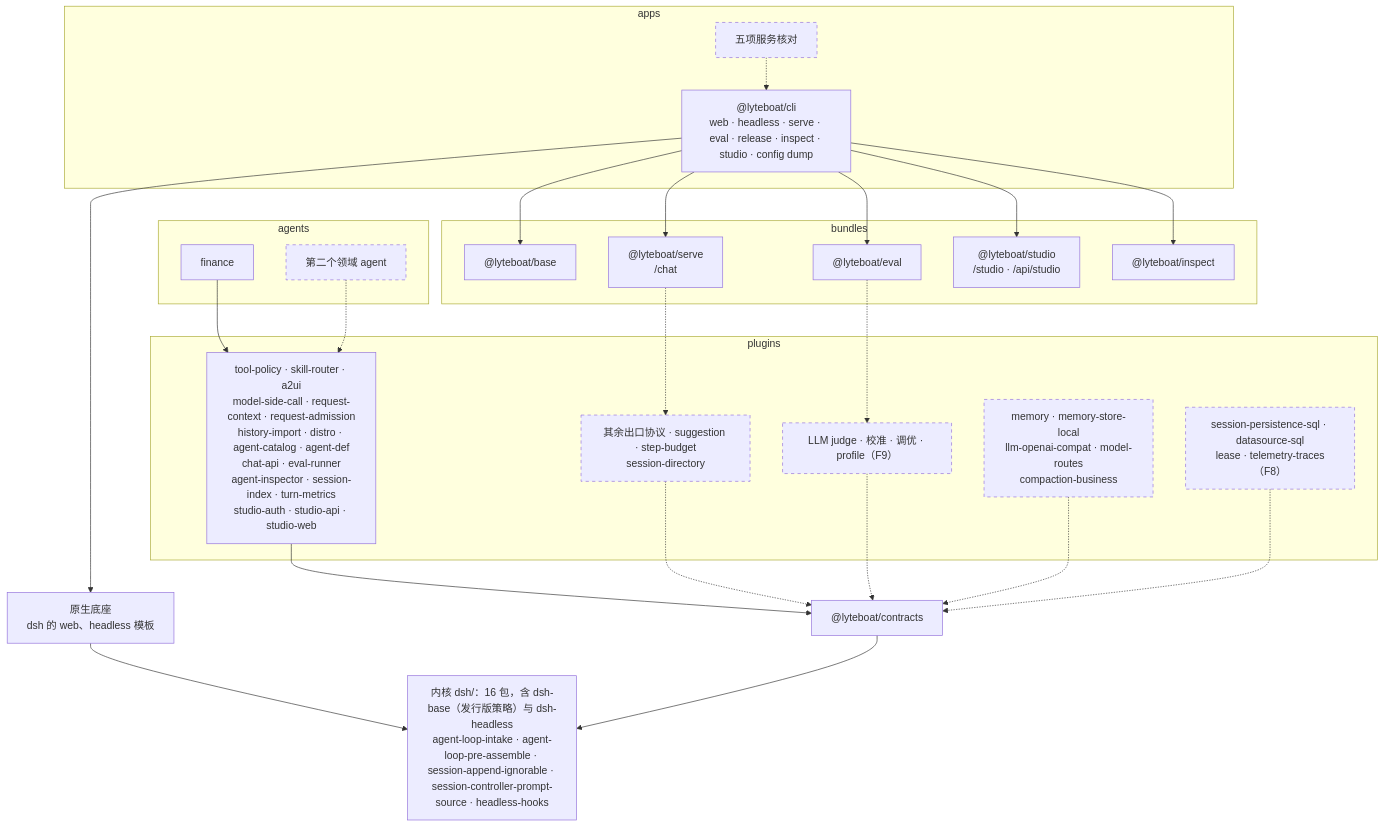
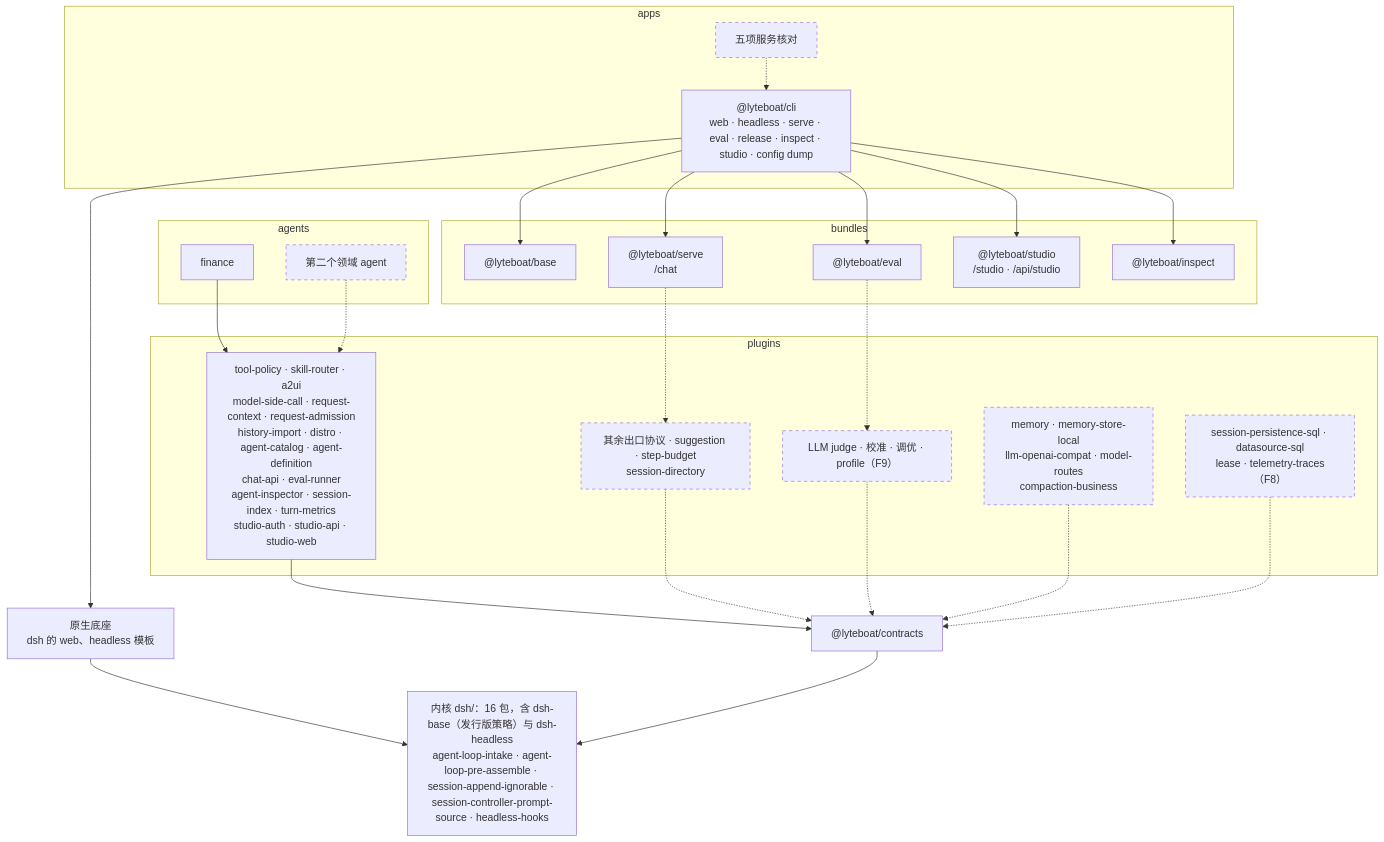
Before and after one commit to lyteboat/lyteboat: the second of 3 diagrams in docs/04-reference-alignment.md, drawn with Mermaid. The commit also changed other lines of this file and 32 other files, not shown here.

First line of the commit message:
refactor: @lyteboat/agent-definition — rename @lyteboat/agent-def before the first npm release

````diff
--- a/docs/04-reference-alignment.md
+++ b/docs/04-reference-alignment.md
@@ -729,48 +729,48 @@
 ```mermaid
 flowchart TB
   subgraph APPS["apps"]
     CLI["@lyteboat/cli<br/>web · headless · serve · eval · release · inspect · studio · config dump"]
     CLIN["五项服务核对"]
   end
   subgraph BUNDLES["bundles"]
     BASE["@lyteboat/base"]
     SERVE["@lyteboat/serve<br/>/chat"]
     EVAL["@lyteboat/eval"]
     STUDIO["@lyteboat/studio<br/>/studio · /api/studio"]
     INSPECT["@lyteboat/inspect"]
   end
   subgraph AGENTS["agents"]
     FIN["finance"]
     AG2["第二个领域 agent"]
   end
   subgraph PLUGINS["plugins"]
-    HAVE["tool-policy · skill-router · a2ui<br/>model-side-call · request-context · request-admission<br/>history-import · distro · agent-catalog · agent-def<br/>chat-api · eval-runner<br/>agent-inspector · session-index · turn-metrics<br/>studio-auth · studio-api · studio-web"]
+    HAVE["tool-policy · skill-router · a2ui<br/>model-side-call · request-context · request-admission<br/>history-import · distro · agent-catalog · agent-definition<br/>chat-api · eval-runner<br/>agent-inspector · session-index · turn-metrics<br/>studio-auth · studio-api · studio-web"]
     WIRE["其余出口协议 · suggestion · step-budget<br/>session-directory"]
     JUDGE["LLM judge · 校准 · 调优 · profile（F9）"]
     MEM["memory · memory-store-local<br/>llm-openai-compat · model-routes<br/>compaction-business"]
     MULTI["session-persistence-sql · datasource-sql<br/>lease · telemetry-traces（F8）"]
   end
   NATIVE["原生底座<br/>dsh 的 web、headless 模板"]
   CT["@lyteboat/contracts"]
   K["内核 dsh/：16 包，含 dsh-base（发行版策略）与 dsh-headless<br/>agent-loop-intake · agent-loop-pre-assemble · session-append-ignorable · session-controller-prompt-source · headless-hooks"]
   CLI --> NATIVE
   NATIVE --> K
   CLI --> BASE
   CLI --> SERVE
   CLI --> EVAL
   CLI --> STUDIO
   CLI --> INSPECT
   CLIN -.-> CLI
   SERVE -.-> WIRE
   EVAL -.-> JUDGE
   FIN --> HAVE
   AG2 -.-> HAVE
   HAVE --> CT
   WIRE -.-> CT
   JUDGE -.-> CT
   MEM -.-> CT
   MULTI -.-> CT
   CT --> K
   classDef planned stroke-dasharray: 5 5
   class CLIN,AG2,WIRE,JUDGE,MEM,MULTI planned
 ```
````
